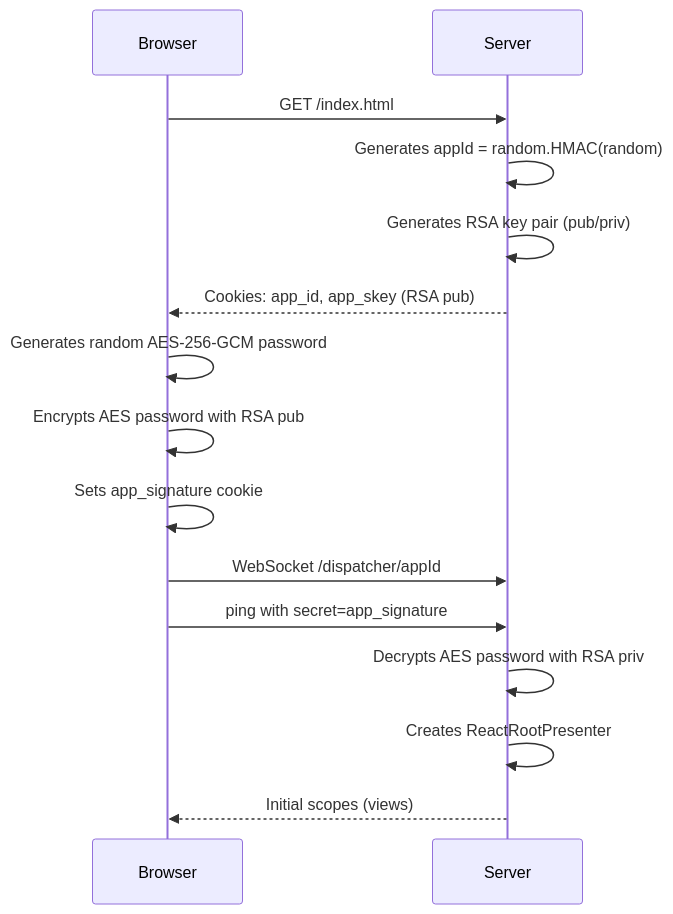
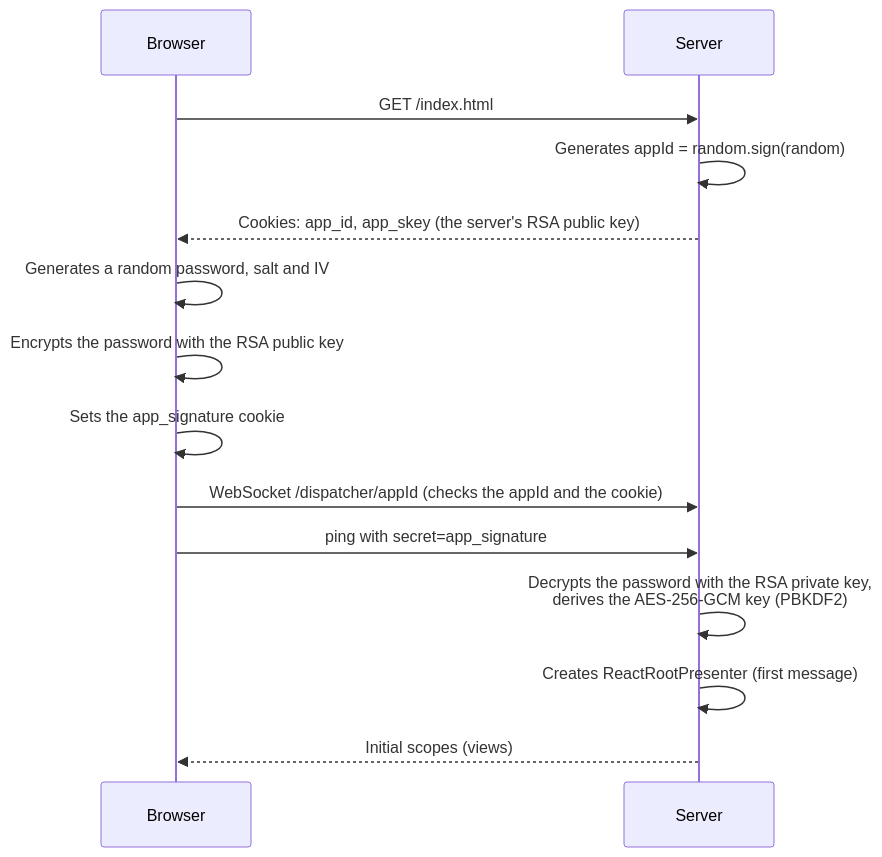
The fifth of 9 diagrams in docs/architecture-react.md (mrcdom/wdc-cube-kotlin), drawn with Mermaid before and after one commit. The commit also changed other lines of this file and 35 other files, not shown here.

````diff
--- a/docs/architecture-react.md
+++ b/docs/architecture-react.md
@@ -162,20 +162,19 @@
 ```mermaid
 sequenceDiagram
     participant Browser as Browser
     participant Server as Server
 
     Browser->>Server: GET /index.html
-    Server->>Server: Generates appId = random.HMAC(random)
-    Server->>Server: Generates RSA key pair (pub/priv)
-    Server-->>Browser: Cookies: app_id, app_skey (RSA pub)
+    Server->>Server: Generates appId = random.sign(random)
+    Server-->>Browser: Cookies: app_id, app_skey (the server's RSA public key)
 
-    Browser->>Browser: Generates random AES-256-GCM password
-    Browser->>Browser: Encrypts AES password with RSA pub
-    Browser->>Browser: Sets app_signature cookie
+    Browser->>Browser: Generates a random password, salt and IV
+    Browser->>Browser: Encrypts the password with the RSA public key
+    Browser->>Browser: Sets the app_signature cookie
 
-    Browser->>Server: WebSocket /dispatcher/appId
+    Browser->>Server: WebSocket /dispatcher/appId (checks the appId and the cookie)
     Browser->>Server: ping with secret=app_signature
-    Server->>Server: Decrypts AES password with RSA priv
-    Server->>Server: Creates ReactRootPresenter
+    Server->>Server: Decrypts the password with the RSA private key,<br/>derives the AES-256-GCM key (PBKDF2)
+    Server->>Server: Creates ReactRootPresenter (first message)
     Server-->>Browser: Initial scopes (views)
 ```
````
